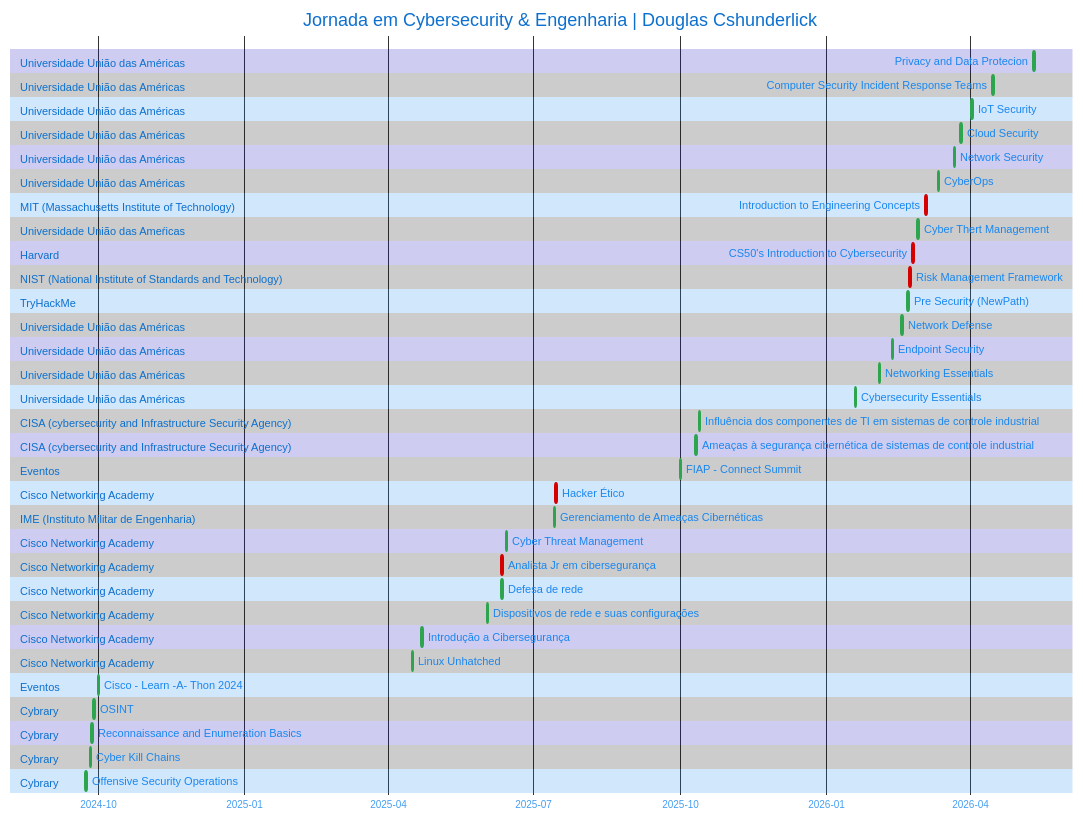
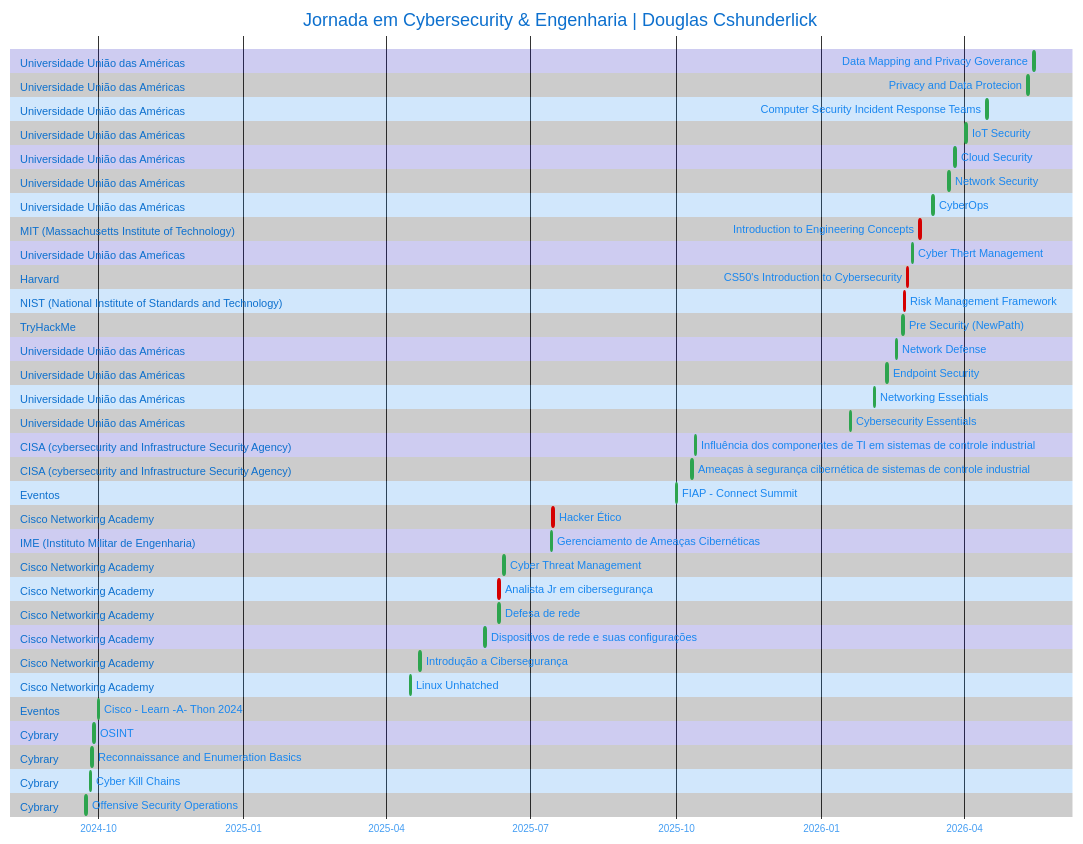
Before and after one commit to douglascshun/douglascshun: the diagram in README.md, drawn with Mermaid.

Commit message:
Add Data Mapping and Privacy Governance section

```diff
--- a/README.md
+++ b/README.md
@@ -657,6 +657,9 @@
     title Jornada em Cybersecurity & Engenharia | Douglas Cshunderlick
     dateFormat  YYYY-MM-DD
     axisFormat %Y-%m
+
+    section Universidade União das Américas             
+    Data Mapping and Privacy Goverance                                   :done, 2026-05-15, 1d
 
     section Universidade União das Américas            
     Privacy and Data Protecion                                           :done, 2026-05-11, 1d
```
